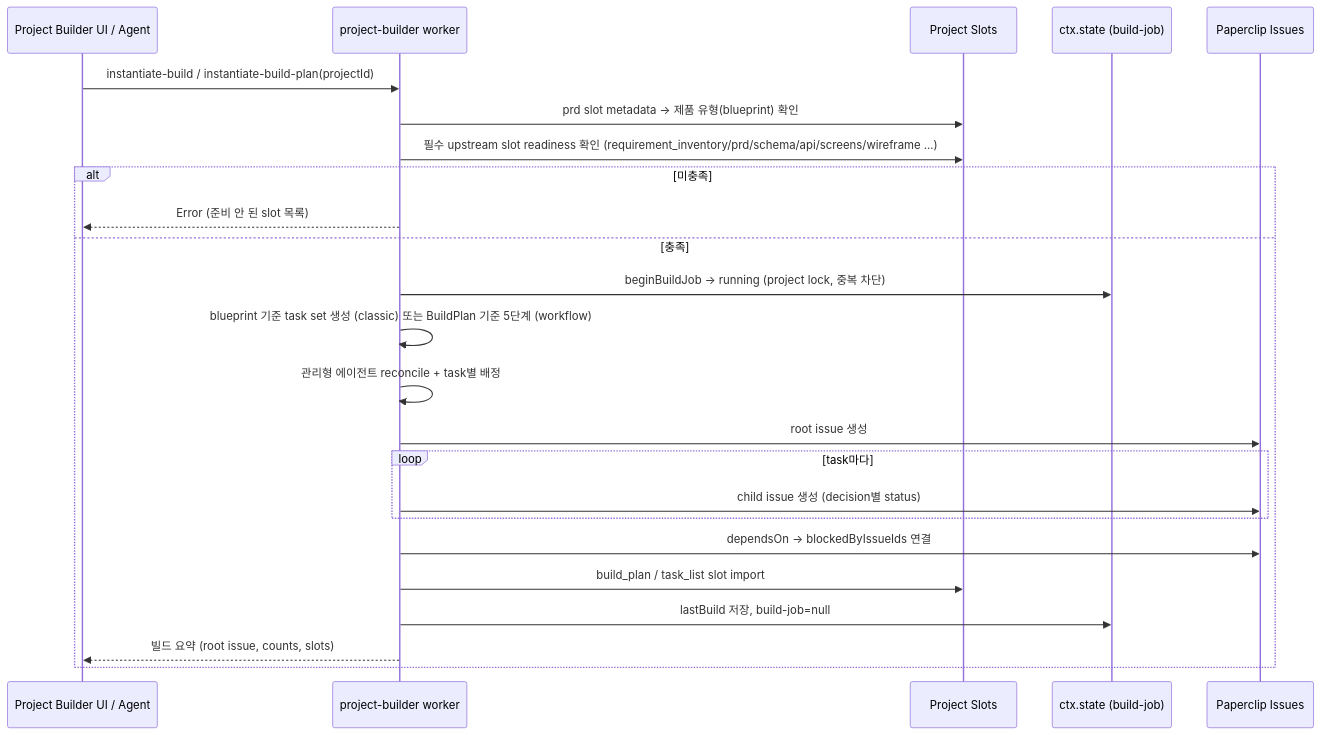
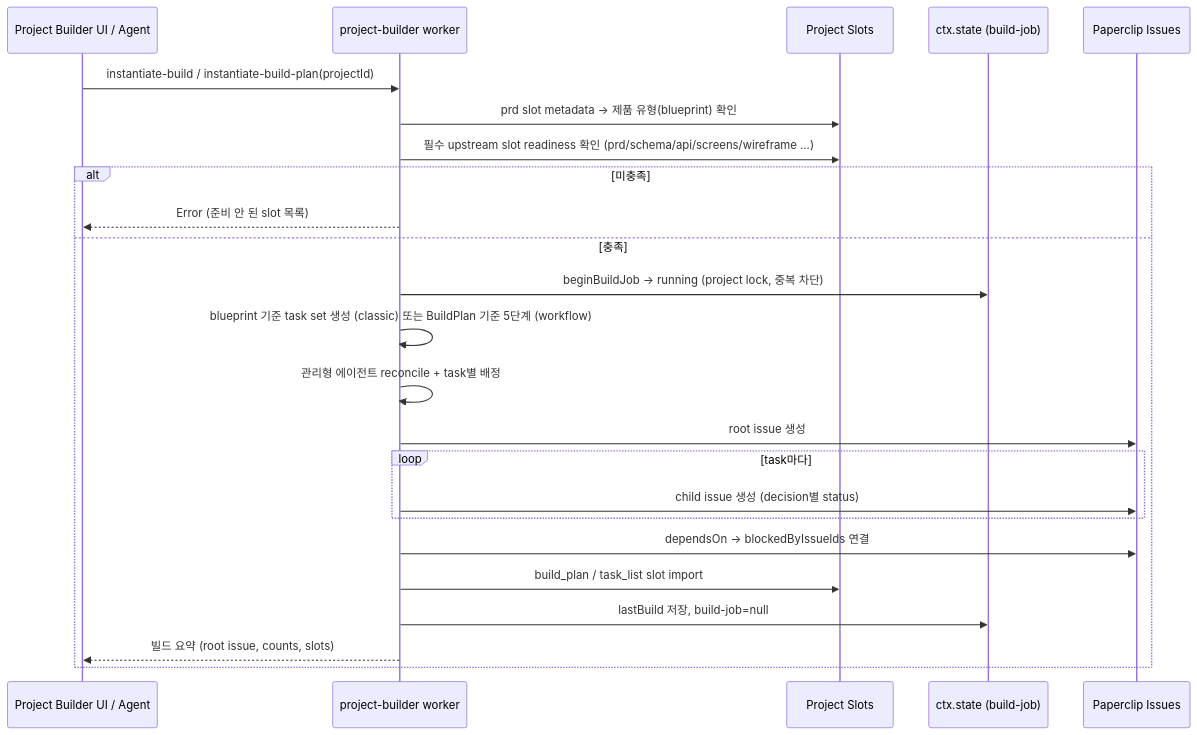
One commit to BBrightcode-atlas/company-os-v2 changed the seventh of 7 diagrams in bbr-plugins/builder/README.md. Above: the diagram before and after it, drawn with Mermaid. The commit also changed other lines of this file and 9 other files, not shown here.

Commit message:
refactor(builder): remove requirement inventory deliverable

````diff
--- a/bbr-plugins/builder/README.md
+++ b/bbr-plugins/builder/README.md
@@ -232,27 +221,27 @@
 ```mermaid
 sequenceDiagram
   participant UI as Project Builder UI / Agent
   participant W as project-builder worker
   participant SL as Project Slots
   participant ST as ctx.state (build-job)
   participant IS as Paperclip Issues
 
   UI->>W: instantiate-build / instantiate-build-plan(projectId)
   W->>SL: prd slot metadata → 제품 유형(blueprint) 확인
-  W->>SL: 필수 upstream slot readiness 확인 (requirement_inventory/prd/schema/api/screens/wireframe ...)
+  W->>SL: 필수 upstream slot readiness 확인 (prd/schema/api/screens/wireframe ...)
   alt 미충족
     W-->>UI: Error (준비 안 된 slot 목록)
   else 충족
     W->>ST: beginBuildJob → running (project lock, 중복 차단)
     W->>W: blueprint 기준 task set 생성 (classic) 또는 BuildPlan 기준 5단계 (workflow)
     W->>W: 관리형 에이전트 reconcile + task별 배정
     W->>IS: root issue 생성
     loop task마다
       W->>IS: child issue 생성 (decision별 status)
     end
     W->>IS: dependsOn → blockedByIssueIds 연결
     W->>SL: build_plan / task_list slot import
     W->>ST: lastBuild 저장, build-job=null
     W-->>UI: 빌드 요약 (root issue, counts, slots)
   end
 ```
````
